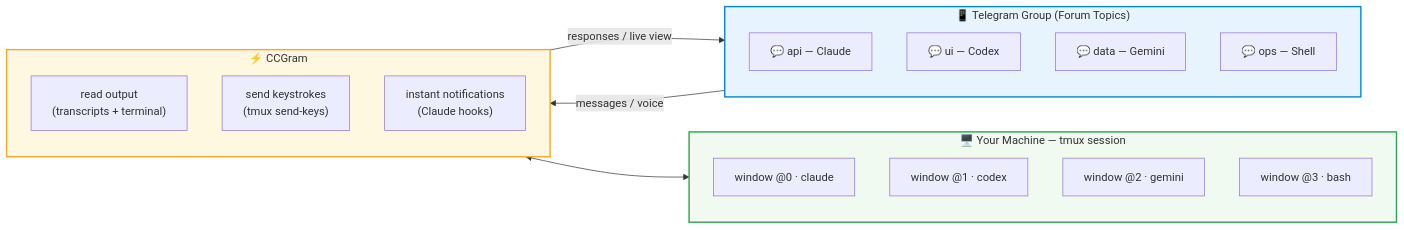
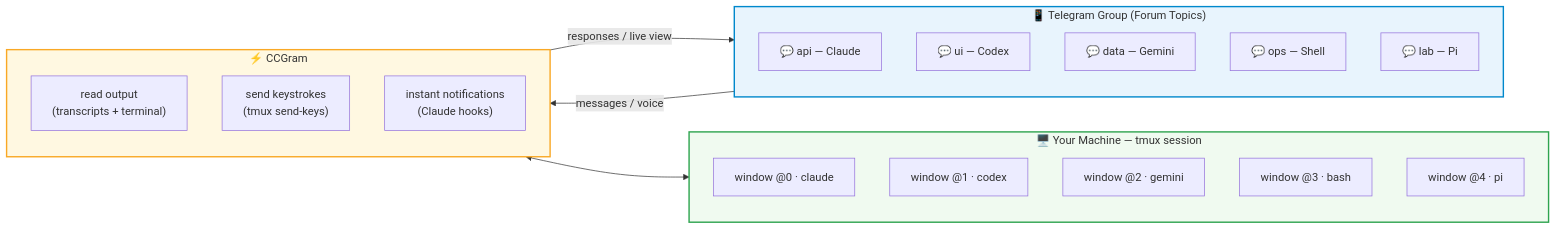
The first of 3 diagrams in README.md (alexei-led/ccbot), drawn with Mermaid before and after one commit. The commit also changed other lines of this file and 7 other files, not shown here.

First line of the commit message:
docs: document pi provider across user + architecture docs

````diff
--- a/README.md
+++ b/README.md
@@ -31,33 +31,35 @@
 ```mermaid
 graph LR
   subgraph phone["📱 Telegram Group (Forum Topics)"]
     direction TB
     T1["💬 api — Claude"]
     T2["💬 ui — Codex"]
     T3["💬 data — Gemini"]
     T4["💬 ops — Shell"]
+    T5["💬 lab — Pi"]
   end
 
   subgraph bridge["⚡ CCGram"]
     direction TB
     B1["read output\n(transcripts + terminal)"]
     B2["send keystrokes\n(tmux send-keys)"]
     B3["instant notifications\n(Claude hooks)"]
   end
 
   subgraph machine["🖥️ Your Machine — tmux session"]
     direction TB
     W1["window @0 · claude"]
     W2["window @1 · codex"]
     W3["window @2 · gemini"]
     W4["window @3 · bash"]
+    W5["window @4 · pi"]
   end
 
   phone -- "messages / voice" --> bridge
   bridge -- "responses / live view" --> phone
   bridge <--> machine
 
   style phone fill:#e8f4fd,stroke:#0088cc,stroke-width:2px,color:#333
   style bridge fill:#fff8e1,stroke:#f9a825,stroke-width:2px,color:#333
   style machine fill:#f0faf0,stroke:#2ea44f,stroke-width:2px,color:#333
 ```
````
